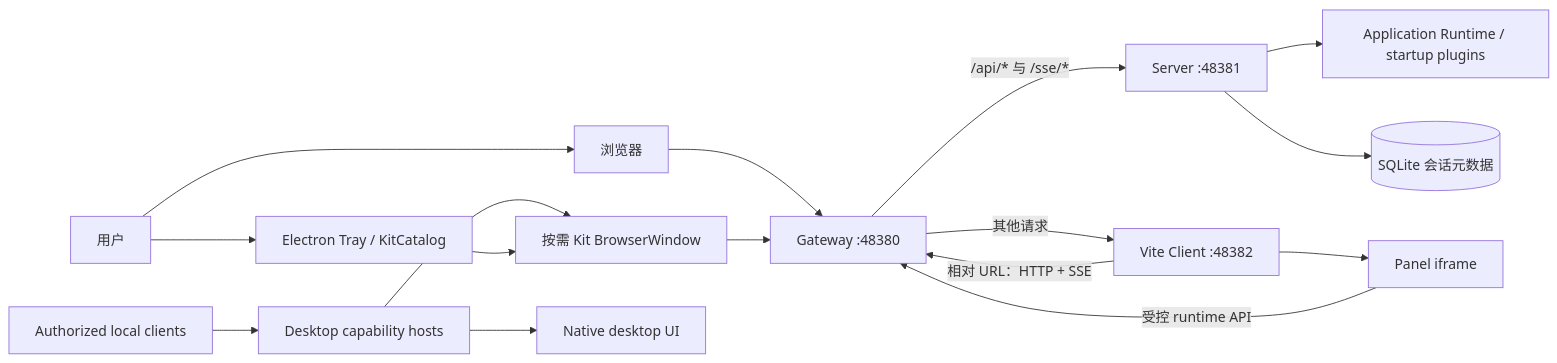
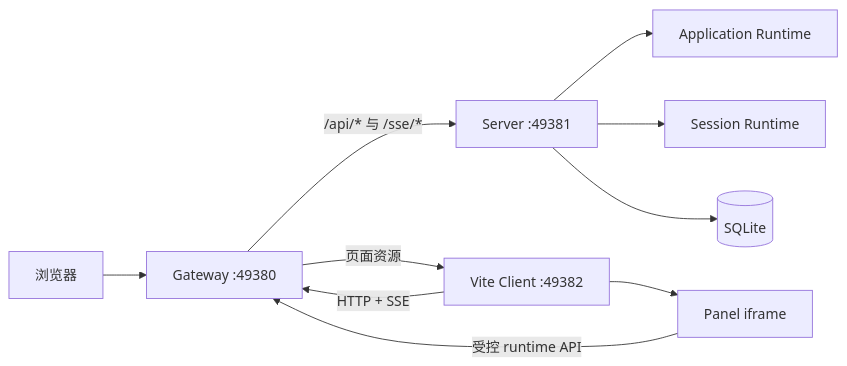
One commit to itharbors/harbors changed the first of 2 diagrams in docs/architecture/system-overview.md. Above: the diagram before and after it, drawn with Mermaid. The commit also changed other lines of this file and 650 other files, not shown here.

````diff
--- a/docs/architecture/system-overview.md
+++ b/docs/architecture/system-overview.md
@@ -15,32 +7,12 @@
 ```mermaid
 flowchart LR
-    User["用户"]
-    Browser["浏览器"]
-    Tray["Electron Tray / KitCatalog"]
-    Electron["按需 Kit BrowserWindow"]
-    Host["Desktop capability hosts"]
-    Agent["Authorized local clients"]
-    NativeUI["Native desktop UI"]
-    Gateway["Gateway :48380"]
-    Server["Server :48381"]
-    AppRuntime["Application Runtime / startup plugins"]
-    Client["Vite Client :48382"]
-    DB[("SQLite 会话元数据")]
-    Panel["Panel iframe"]
-
-    User --> Browser
-    User --> Tray
-    Agent --> Host
-    Host --> NativeUI
-    Host --> Electron
-    Tray --> Electron
-    Browser --> Gateway
-    Electron --> Gateway
-    Gateway -- "/api/* 与 /sse/*" --> Server
-    Server --> AppRuntime
-    Gateway -- "其他请求" --> Client
-    Server --> DB
-    Client --> Panel
-    Client -- "相对 URL：HTTP + SSE" --> Gateway
+    Browser["浏览器"] --> Gateway["Gateway :49380"]
+    Gateway -- "/api/* 与 /sse/*" --> Server["Server :49381"]
+    Gateway -- "页面资源" --> Client["Vite Client :49382"]
+    Server --> AppRuntime["Application Runtime"]
+    Server --> Sessions["Session Runtime"]
+    Server --> DB[("SQLite")]
+    Client --> Panel["Panel iframe"]
+    Client -- "HTTP + SSE" --> Gateway
     Panel -- "受控 runtime API" --> Gateway
 ```
````
